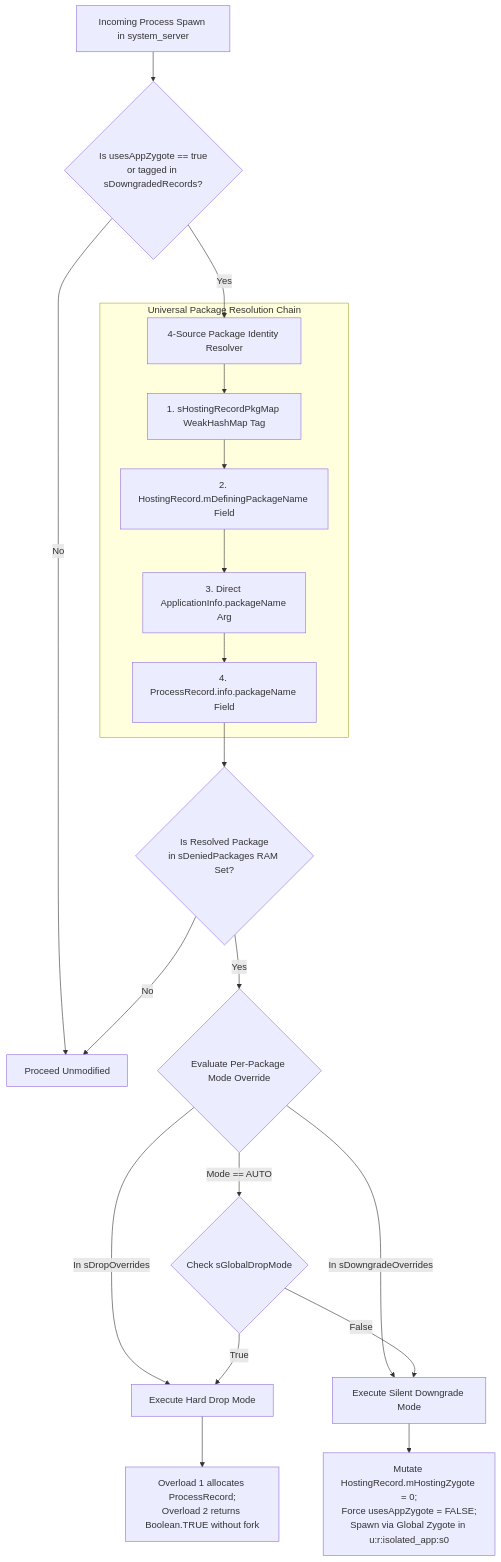
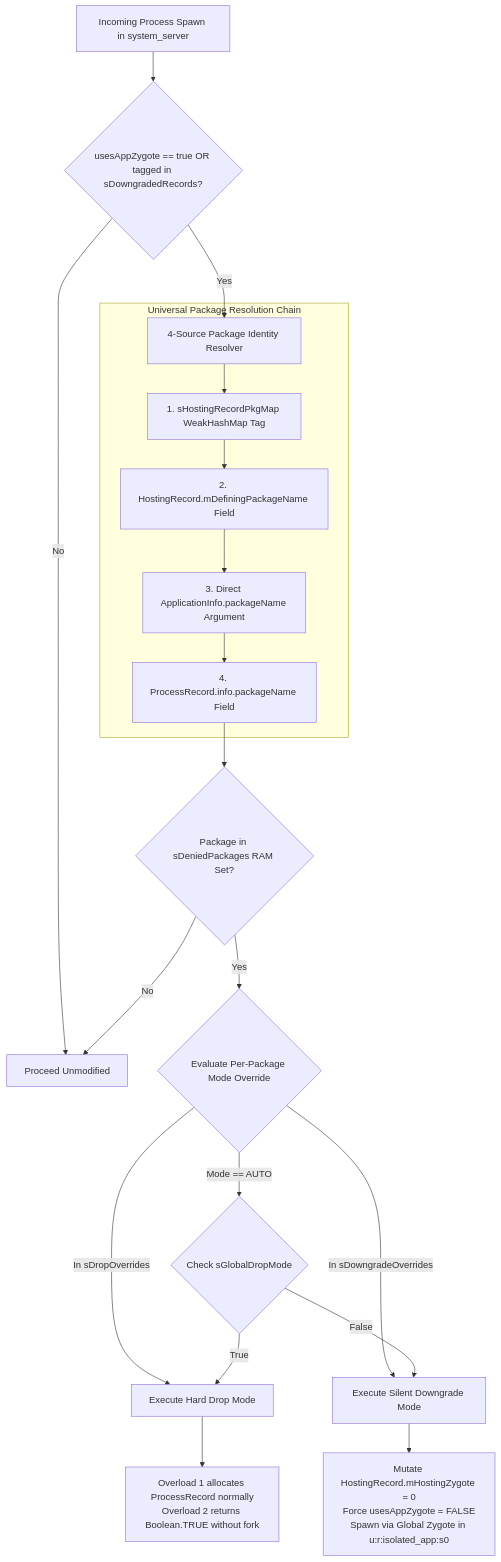
Before and after one commit to taro902/IsolPolicy-Pro: the second of 2 diagrams in README.md, drawn with Mermaid. The commit also changed other lines of this file, not shown here.

Commit message:
Fix Mermaid and MathJax syntax and expand full-width code blocks

```diff
--- a/README.md
+++ b/README.md
@@ -155,26 +214,26 @@
 ~~~mermaid
 flowchart TD
-    A[Incoming Process Spawn in system_server] --> B{Is usesAppZygote == true<br/>or tagged in sDowngradedRecords?}
-    B -- No --> Z[Proceed Unmodified]
-    B -- Yes --> C[4-Source Package Identity Resolver]
+    A["Incoming Process Spawn in system_server"] --> B{"usesAppZygote == true OR tagged in sDowngradedRecords?"}
+    B -- "No" --> Z["Proceed Unmodified"]
+    B -- "Yes" --> C["4-Source Package Identity Resolver"]
 
-    subgraph Resolver [Universal Package Resolution Chain]
-        C --> R1[1. sHostingRecordPkgMap WeakHashMap Tag]
-        R1 --> R2[2. HostingRecord.mDefiningPackageName Field]
-        R2 --> R3[3. Direct ApplicationInfo.packageName Arg]
-        R3 --> R4[4. ProcessRecord.info.packageName Field]
+    subgraph Resolver ["Universal Package Resolution Chain"]
+        C --> R1["1. sHostingRecordPkgMap WeakHashMap Tag"]
+        R1 --> R2["2. HostingRecord.mDefiningPackageName Field"]
+        R2 --> R3["3. Direct ApplicationInfo.packageName Argument"]
+        R3 --> R4["4. ProcessRecord.info.packageName Field"]
     end
 
-    R4 --> D{Is Resolved Package<br/>in sDeniedPackages RAM Set?}
-    D -- No --> Z
-    D -- Yes --> E{Evaluate Per-Package Mode Override}
+    R4 --> D{"Package in sDeniedPackages RAM Set?"}
+    D -- "No" --> Z
+    D -- "Yes" --> E{"Evaluate Per-Package Mode Override"}
 
-    E -- In sDropOverrides --> DROP[Execute Hard Drop Mode]
-    E -- In sDowngradeOverrides --> DOWN[Execute Silent Downgrade Mode]
-    E -- Mode == AUTO --> F{Check sGlobalDropMode}
-    F -- True --> DROP
-    F -- False --> DOWN
+    E -- "In sDropOverrides" --> DROP["Execute Hard Drop Mode"]
+    E -- "In sDowngradeOverrides" --> DOWN["Execute Silent Downgrade Mode"]
+    E -- "Mode == AUTO" --> F{"Check sGlobalDropMode"}
+    F -- "True" --> DROP
+    F -- "False" --> DOWN
 
-    DROP --> DROP_ACT[Overload 1 allocates ProcessRecord;<br/>Overload 2 returns Boolean.TRUE without fork]
-    DOWN --> DOWN_ACT[Mutate HostingRecord.mHostingZygote = 0;<br/>Force usesAppZygote = FALSE;<br/>Spawn via Global Zygote in u:r:isolated_app:s0]
+    DROP --> DROP_ACT["Overload 1 allocates ProcessRecord normally<br/>Overload 2 returns Boolean.TRUE without fork"]
+    DOWN --> DOWN_ACT["Mutate HostingRecord.mHostingZygote = 0<br/>Force usesAppZygote = FALSE<br/>Spawn via Global Zygote in u:r:isolated_app:s0"]
 ~~~
```
